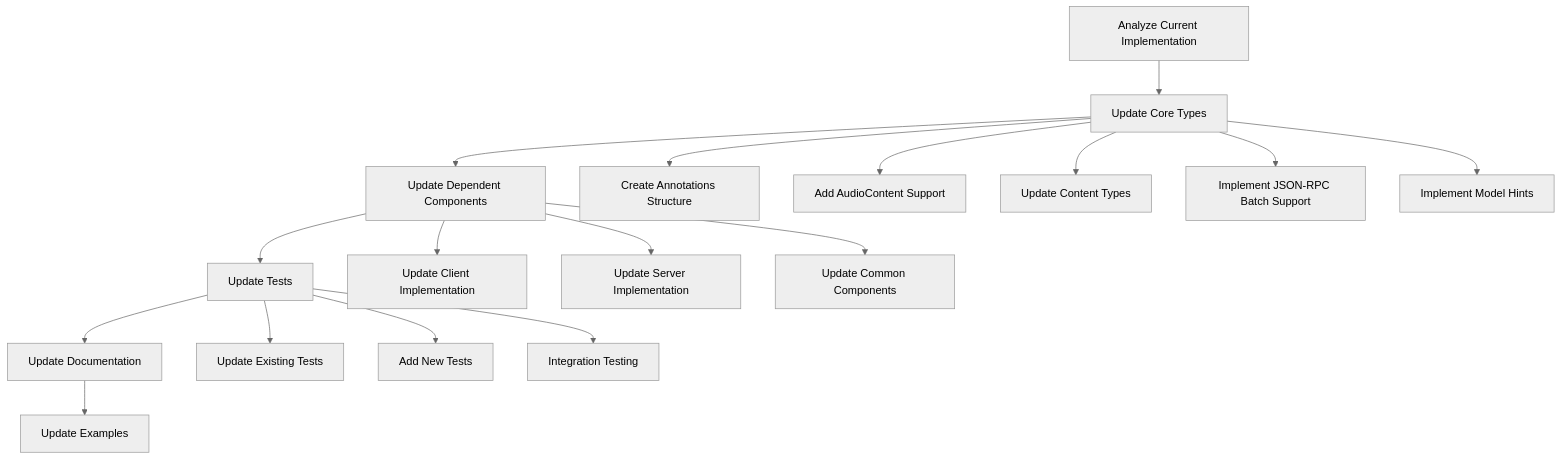
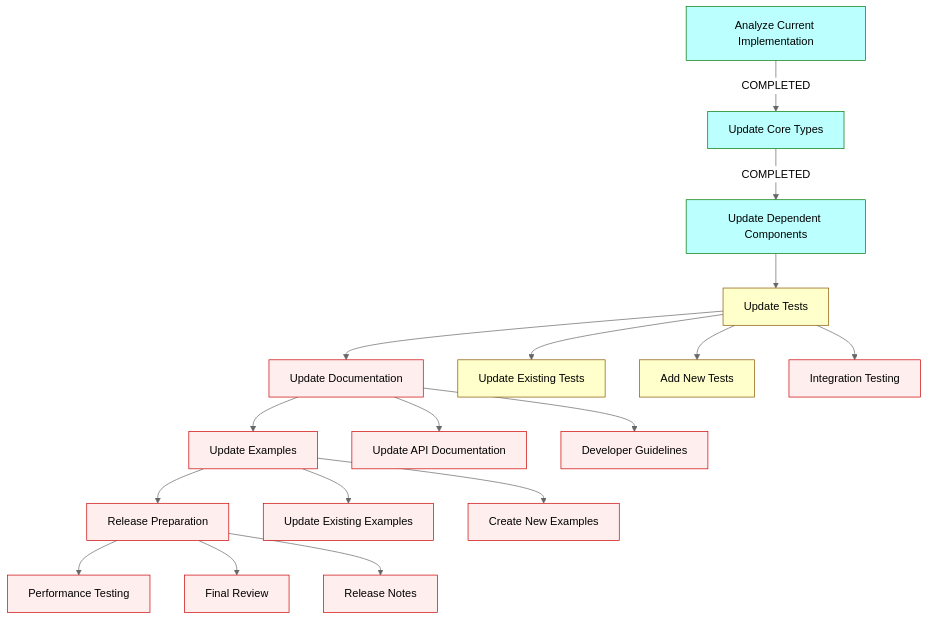
One commit to signal-slot/qtmcp changed the diagram in update-plan-mcp-2025-03-26.md. Above: the diagram before and after it, drawn with Mermaid (neutral theme). The commit also changed other lines of this file, not shown here.

Commit message:
Update implementation plan to reflect current status of MCP 2025-03-26 schema implementation

````diff
--- a/update-plan-mcp-2025-03-26.md
+++ b/update-plan-mcp-2025-03-26.md
@@ -151,22 +95,31 @@
 ```mermaid
 graph TD
-    A[Analyze Current Implementation] --> B[Update Core Types]
-    B --> C[Update Dependent Components]
+    A[Analyze Current Implementation] -->|COMPLETED| B[Update Core Types]
+    B -->|COMPLETED| C[Update Dependent Components]
     C --> D[Update Tests]
     D --> E[Update Documentation]
     E --> F[Update Examples]
-    
-    B --> B1[Create Annotations Structure]
-    B --> B2[Add AudioContent Support]
-    B --> B3[Update Content Types]
-    B --> B4[Implement JSON-RPC Batch Support]
-    B --> B5[Implement Model Hints]
-    
-    C --> C1[Update Client Implementation]
-    C --> C2[Update Server Implementation]
-    C --> C3[Update Common Components]
+    F --> G[Release Preparation]
     
     D --> D1[Update Existing Tests]
     D --> D2[Add New Tests]
     D --> D3[Integration Testing]
+    
+    E --> E1[Update API Documentation]
+    E --> E2[Developer Guidelines]
+    
+    F --> F1[Update Existing Examples]
+    F --> F2[Create New Examples]
+    
+    G --> G1[Performance Testing]
+    G --> G2[Final Review]
+    G --> G3[Release Notes]
+    
+    classDef completed fill:#bff,stroke:#070;
+    classDef inProgress fill:#ffc,stroke:#850;
+    classDef planned fill:#fee,stroke:#c00;
+    
+    class A,B,C completed;
+    class D,D1,D2 inProgress;
+    class D3,E,E1,E2,F,F1,F2,G,G1,G2,G3 planned;
 ```
````
